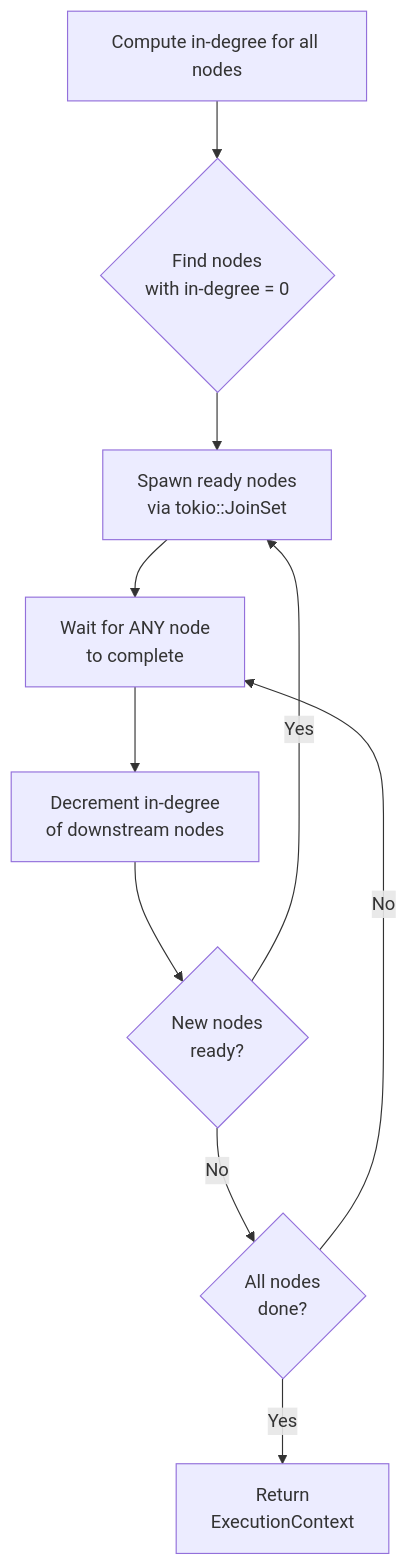
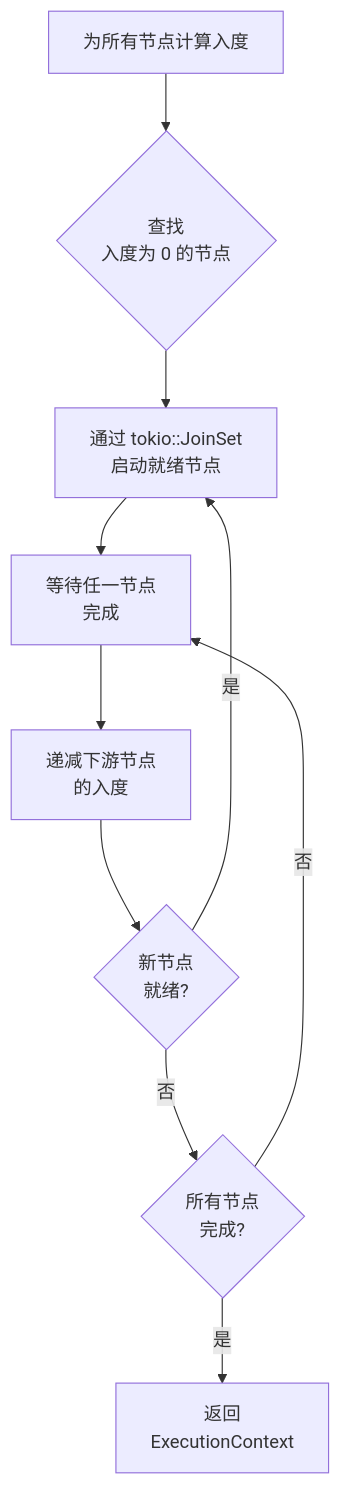
The first of 2 diagrams in book/src/concepts/dag-execution.md (zerove/opencodepro), drawn with Mermaid before and after one commit. The commit also changed other lines of this file and 68 other files, not shown here.

````diff
--- a/book/src/concepts/dag-execution.md
+++ b/book/src/concepts/dag-execution.md
@@ -7,12 +7,12 @@
 ```mermaid
 flowchart TD
-    A[Compute in-degree for all nodes] --> B{Find nodes<br/>with in-degree = 0}
-    B --> C[Spawn ready nodes<br/>via tokio::JoinSet]
-    C --> D[Wait for ANY node<br/>to complete]
-    D --> E[Decrement in-degree<br/>of downstream nodes]
-    E --> F{New nodes<br/>ready?}
-    F -->|Yes| C
-    F -->|No| G{All nodes<br/>done?}
-    G -->|Yes| H[Return<br/>ExecutionContext]
-    G -->|No| D
+    A[为所有节点计算入度] --> B{查找<br/>入度为 0 的节点}
+    B --> C[通过 tokio::JoinSet<br/>启动就绪节点]
+    C --> D[等待任一节点<br/>完成]
+    D --> E[递减下游节点<br/>的入度]
+    E --> F{新节点<br/>就绪?}
+    F -->|是| C
+    F -->|否| G{所有节点<br/>完成?}
+    G -->|是| H[返回<br/>ExecutionContext]
+    G -->|否| D
 ```
````
